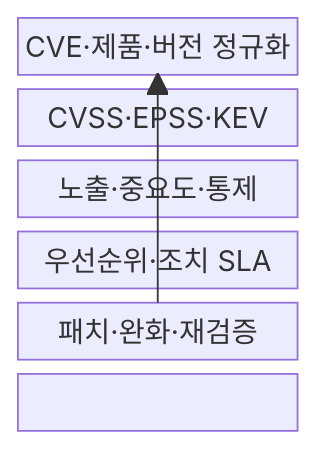
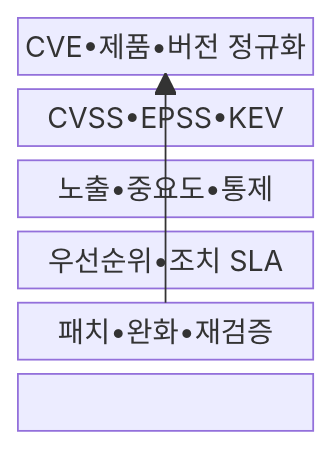
One commit to agnusdei1207/knowledge-base changed the first of 2 diagrams in src/content/docs/notes/05-security/120_vulnerability_prioritization_epss_cvss.md. Above: the diagram before and after it, drawn with Mermaid. The commit also changed other lines of this file and 953 other files, not shown here.

````diff
--- a/src/content/docs/notes/05-security/120_vulnerability_prioritization_epss_cvss.md
+++ b/src/content/docs/notes/05-security/120_vulnerability_prioritization_epss_cvss.md
@@ -68,11 +68,11 @@
 ```mermaid
 block
   columns 1
-  V["CVE·제품·버전 정규화"]
-  T["CVSS·EPSS·KEV"]
-  A["노출·중요도·통제"]
-  P["우선순위·조치 SLA"]
-  R["패치·완화·재검증"]
+  V["CVE•제품•버전 정규화"]
+  T["CVSS•EPSS•KEV"]
+  A["노출•중요도•통제"]
+  P["우선순위•조치 SLA"]
+  R["패치•완화•재검증"]
   V --> T --> A --> P --> R
   R --> V
 ```
````
